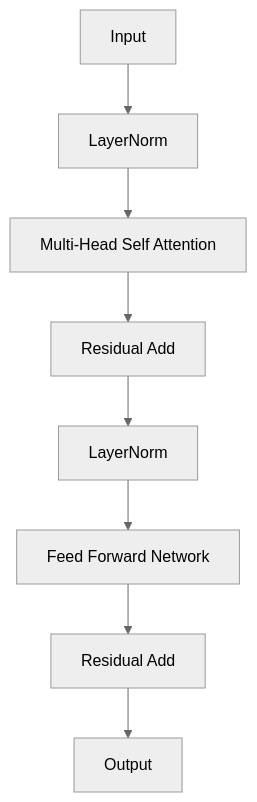
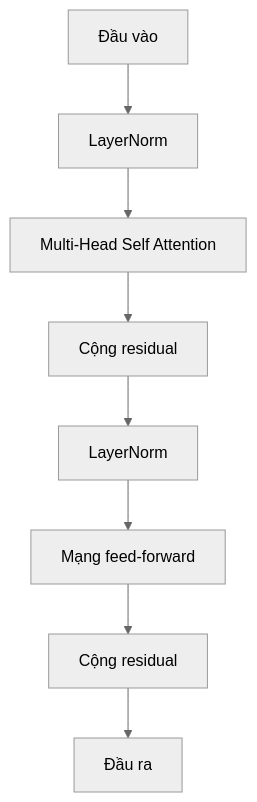
The fifth of 7 diagrams in docs/research_finding/01-gwen/broad_overview/LLM_VLM/llm_vlm_difference.md (cycler04/VinRobotics-VLA), drawn with Mermaid (neutral theme) before and after one commit. The commit also changed other lines of this file and 79 other files, not shown here.

````diff
--- a/docs/research_finding/01-gwen/broad_overview/LLM_VLM/llm_vlm_difference.md
+++ b/docs/research_finding/01-gwen/broad_overview/LLM_VLM/llm_vlm_difference.md
@@ -98,11 +98,11 @@
 ```mermaid
 flowchart TD
-    X[Input]
+    X[Đầu vào]
     X --> LN1[LayerNorm]
     LN1 --> ATTN[Multi-Head Self Attention]
-    ATTN --> ADD1[Residual Add]
+    ATTN --> ADD1[Cộng residual]
     ADD1 --> LN2[LayerNorm]
-    LN2 --> FFN[Feed Forward Network]
-    FFN --> ADD2[Residual Add]
-    ADD2 --> OUT[Output]
+    LN2 --> FFN[Mạng feed-forward]
+    FFN --> ADD2[Cộng residual]
+    ADD2 --> OUT[Đầu ra]
 ```
````
